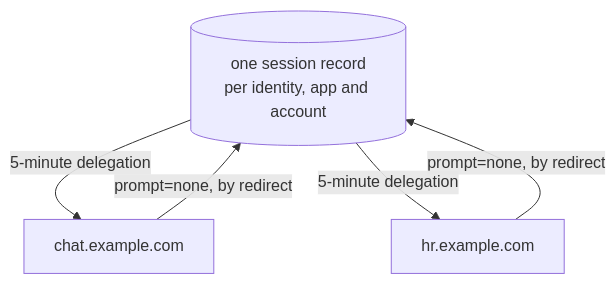
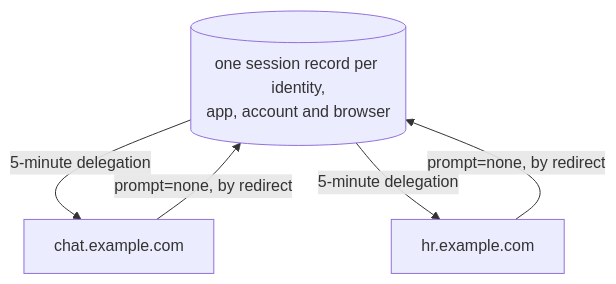
Before and after one commit to dfinity/internet-identity: the fourth of 4 diagrams in docs/ongoing/shared-revocable-sessions.md, drawn with Mermaid. The commit also changed other lines of this file, not shown here.

````diff
--- a/docs/ongoing/shared-revocable-sessions.md
+++ b/docs/ongoing/shared-revocable-sessions.md
@@ -104,8 +105,8 @@
 ```mermaid
 flowchart TB
-    S[("one session record<br/>per identity, app and account")]
+    S[("one session record per identity,<br/>app, account and browser")]
     C["chat.example.com"] -->|"prompt=none, by redirect"| S
     H["hr.example.com"] -->|"prompt=none, by redirect"| S
     S -->|"5-minute delegation"| C
     S -->|"5-minute delegation"| H
 ```
````
